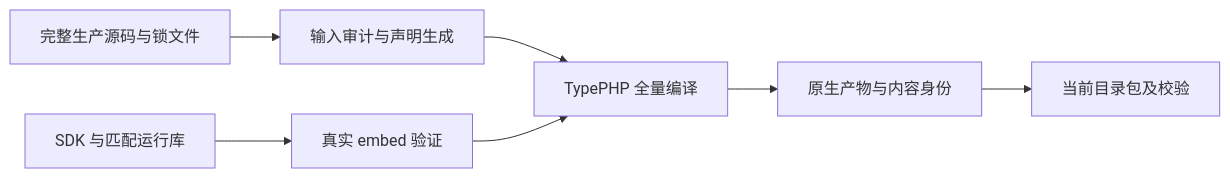
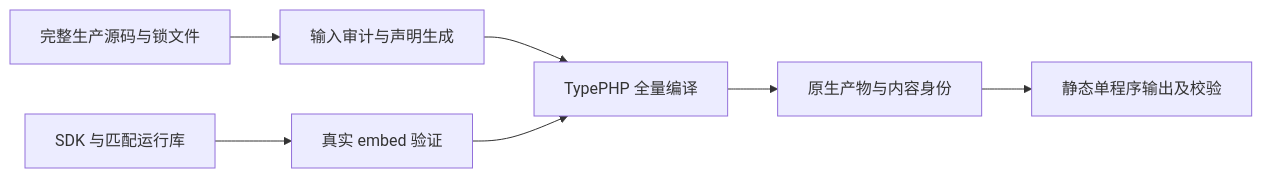
One commit to zoujingli/typeapp changed the diagram in plugin/type-build/README.md. Above: the diagram before and after it, drawn with Mermaid. The commit also changed other lines of this file and 46 other files, not shown here.

````diff
--- a/plugin/type-build/README.md
+++ b/plugin/type-build/README.md
@@ -13,9 +13,9 @@
 ```mermaid
 flowchart LR
     Input[完整生产源码与锁文件] --> Audit[输入审计与声明生成]
     Audit --> AOT[TypePHP 全量编译]
     Runtime[SDK 与匹配运行库] --> Probe[真实 embed 验证]
     Probe --> AOT
     AOT --> Identity[原生产物与内容身份]
-    Identity --> Package[当前目录包及校验]
+    Identity --> Package[静态单程序输出及校验]
 ```
````
